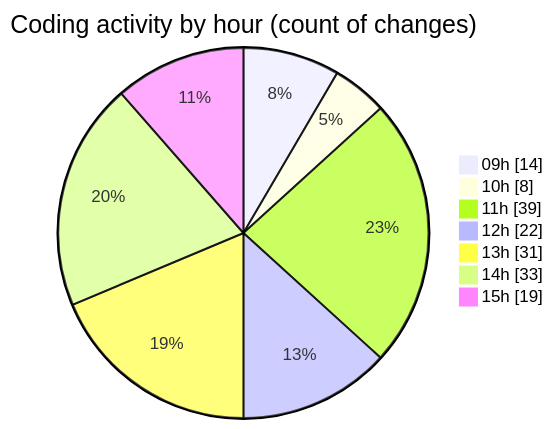
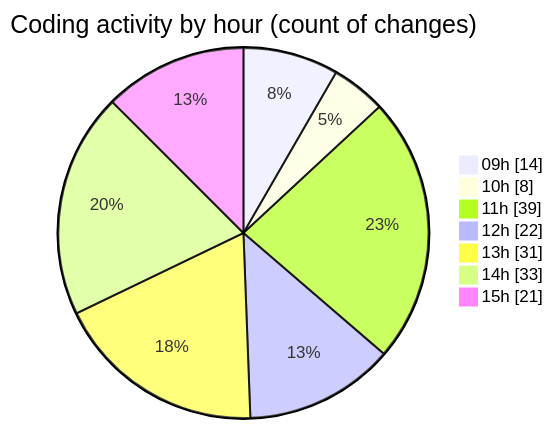
Before and after one commit to momahboobian/code-tracking: the second of 2 diagrams in 2025-02-07/cda/README.md, drawn with Mermaid. The commit also changed other lines of this file and 1 other file, not shown here.

````diff
--- a/2025-02-07/cda/README.md
+++ b/2025-02-07/cda/README.md
@@ -66,11 +66,11 @@
 ```mermaid
 pie showData
 title Coding activity by hour (count of changes)
 "09h" : 14
 "10h" : 8
 "11h" : 39
 "12h" : 22
 "13h" : 31
 "14h" : 33
-"15h" : 19
+"15h" : 21
 ```
````
